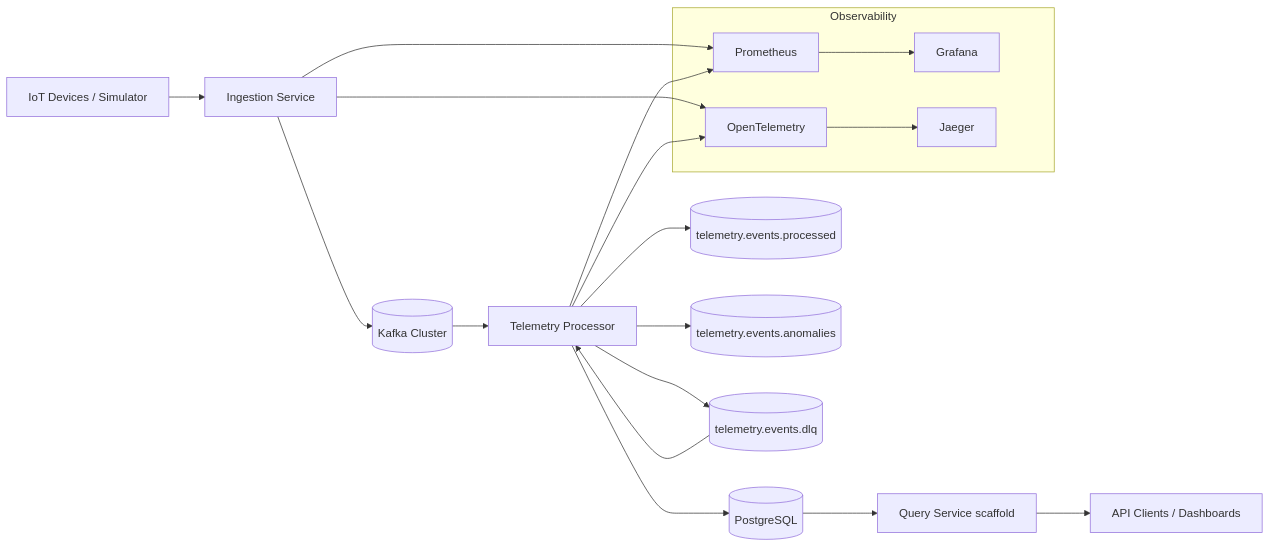
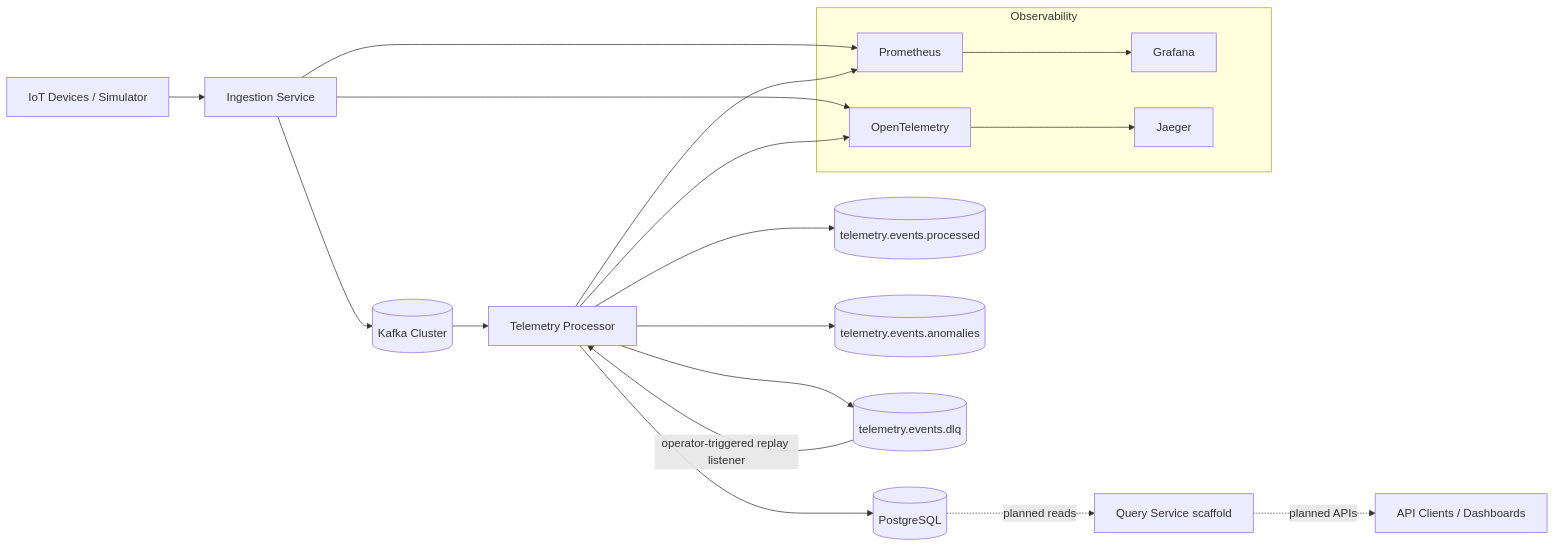
Before and after one commit to ME-Massine/pulsestream: the second of 4 diagrams in docs/architecture/c4-model.md, drawn with Mermaid. The commit also changed 11 other files, not shown here.

````diff
--- a/docs/architecture/c4-model.md
+++ b/docs/architecture/c4-model.md
@@ -60,31 +60,31 @@
 ```mermaid
 flowchart LR
     A[IoT Devices / Simulator] --> B[Ingestion Service]
     B --> C[(Kafka Cluster)]
 
     C --> D[Telemetry Processor]
     D --> E[(PostgreSQL)]
-    E --> F[Query Service scaffold]
-    F --> G[API Clients / Dashboards]
+    E -.->|planned reads| F[Query Service scaffold]
+    F -.->|planned APIs| G[API Clients / Dashboards]
 
     D --> H[(telemetry.events.processed)]
     D --> I[(telemetry.events.anomalies)]
     D --> J[(telemetry.events.dlq)]
-    J --> D
+    J -->|operator-triggered replay listener| D
 
     subgraph Observability
         K[Prometheus]
         L[Grafana]
         M[OpenTelemetry]
         N[Jaeger]
     end
 
     B --> K
     D --> K
 
     B --> M
     D --> M
 
     M --> N
     K --> L
 ```
````
